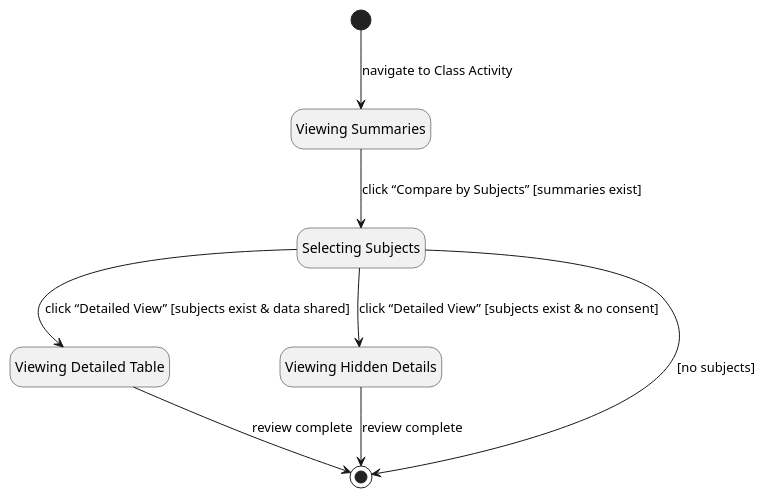
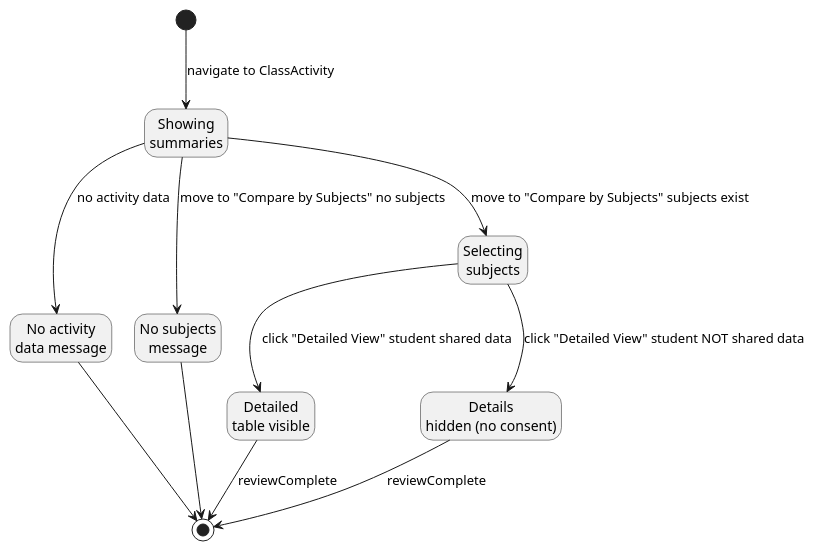
One commit to TrueBubo/NSWI041 changed the diagram in diagrams/use-cases/UC-007-Comparing-Activity/StateDiagram.puml. Above: the diagram before and after it, drawn with PlantUML.

Commit message:
change state diagram

```diff
--- a/diagrams/use-cases/UC-007-Comparing-Activity/StateDiagram.puml
+++ b/diagrams/use-cases/UC-007-Comparing-Activity/StateDiagram.puml
@@ -1,19 +1,24 @@
 @startuml CompareActivity
 hide empty description
 
-state "Viewing Summaries" as ViewingSummaries
-state "Selecting Subjects" as SelectingSubjects
-state "Viewing Detailed Table" as DetailsVisible
-state "Viewing Hidden Details" as DetailsHidden
+state "Showing\nsummaries" as Summary
+state "No activity\ndata message" as NoData
+state "No subjects\nmessage" as NoSubjects
+state "Selecting\nsubjects" as Selecting
+state "Detailed\ntable visible" as DetailsVisible
+state "Details\nhidden (no consent)" as DetailsHidden
 
-[*] --> ViewingSummaries : navigate to Class Activity
-ViewingSummaries --> SelectingSubjects : click “Compare by Subjects” [summaries exist]
+[*] --> Summary : navigate to ClassActivity 
 
+Summary --> NoData      : no activity data
+Summary --> NoSubjects  : move to "Compare by Subjects" no subjects
+Summary --> Selecting   : move to "Compare by Subjects" subjects exist
 
-SelectingSubjects --> DetailsVisible : click “Detailed View” [subjects exist & data shared]
-SelectingSubjects --> DetailsHidden  : click “Detailed View” [subjects exist & no consent]
-SelectingSubjects --> [*]            : [no subjects]
+Selecting --> DetailsVisible : click "Detailed View" student shared data                         
+Selecting --> DetailsHidden  : click "Detailed View" student NOT shared data
 
-DetailsVisible --> [*] : review complete
-DetailsHidden  --> [*] : review complete
+NoData  --> [*]
+NoSubjects  --> [*] 
+DetailsVisible --> [*] : reviewComplete
+DetailsHidden  --> [*] : reviewComplete
 @enduml
```
